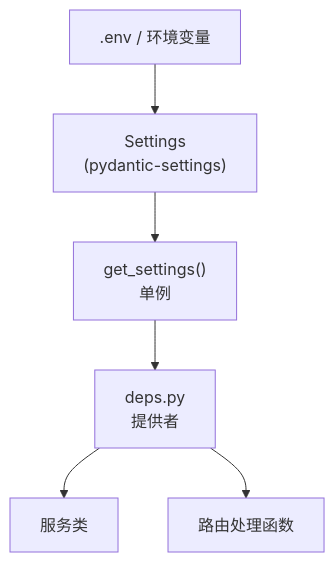
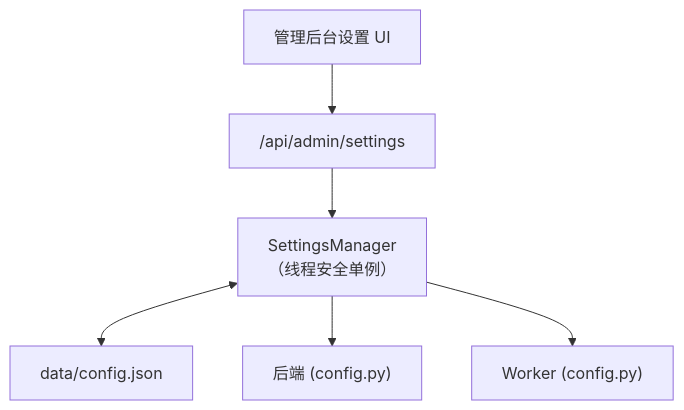
One commit to XUranus/ibkr-dash changed the diagram in docs/i18n/zh-CN/docusaurus-plugin-content-docs/current/backend/config.md. Above: the diagram before and after it, drawn with Mermaid. The commit also changed other lines of this file and 152 other files, not shown here.

First line of the commit message:
chore: remove .env system, migrate docs to JSON config

````diff
--- a/docs/i18n/zh-CN/docusaurus-plugin-content-docs/current/backend/config.md
+++ b/docs/i18n/zh-CN/docusaurus-plugin-content-docs/current/backend/config.md
@@ -155,15 +13,15 @@
 ```mermaid
 flowchart TD
-    ENV[".env / 环境变量"]
-    Settings["Settings<br/>(pydantic-settings)"]
-    get_settings["get_settings()<br/>单例"]
-    deps["deps.py<br/>提供者"]
-    Services["服务类"]
-    Routes["路由处理函数"]
+    UI["管理后台设置 UI"]
+    API["/api/admin/settings"]
+    SM["SettingsManager<br/>（线程安全单例）"]
+    JSON["data/config.json"]
+    Backend["后端 (config.py)"]
+    Worker["Worker (config.py)"]
 
-    ENV --> Settings
-    Settings --> get_settings
-    get_settings --> deps
-    deps --> Services
-    deps --> Routes
+    UI --> API
+    API --> SM
+    SM <--> JSON
+    SM --> Backend
+    SM --> Worker
 ```
````
